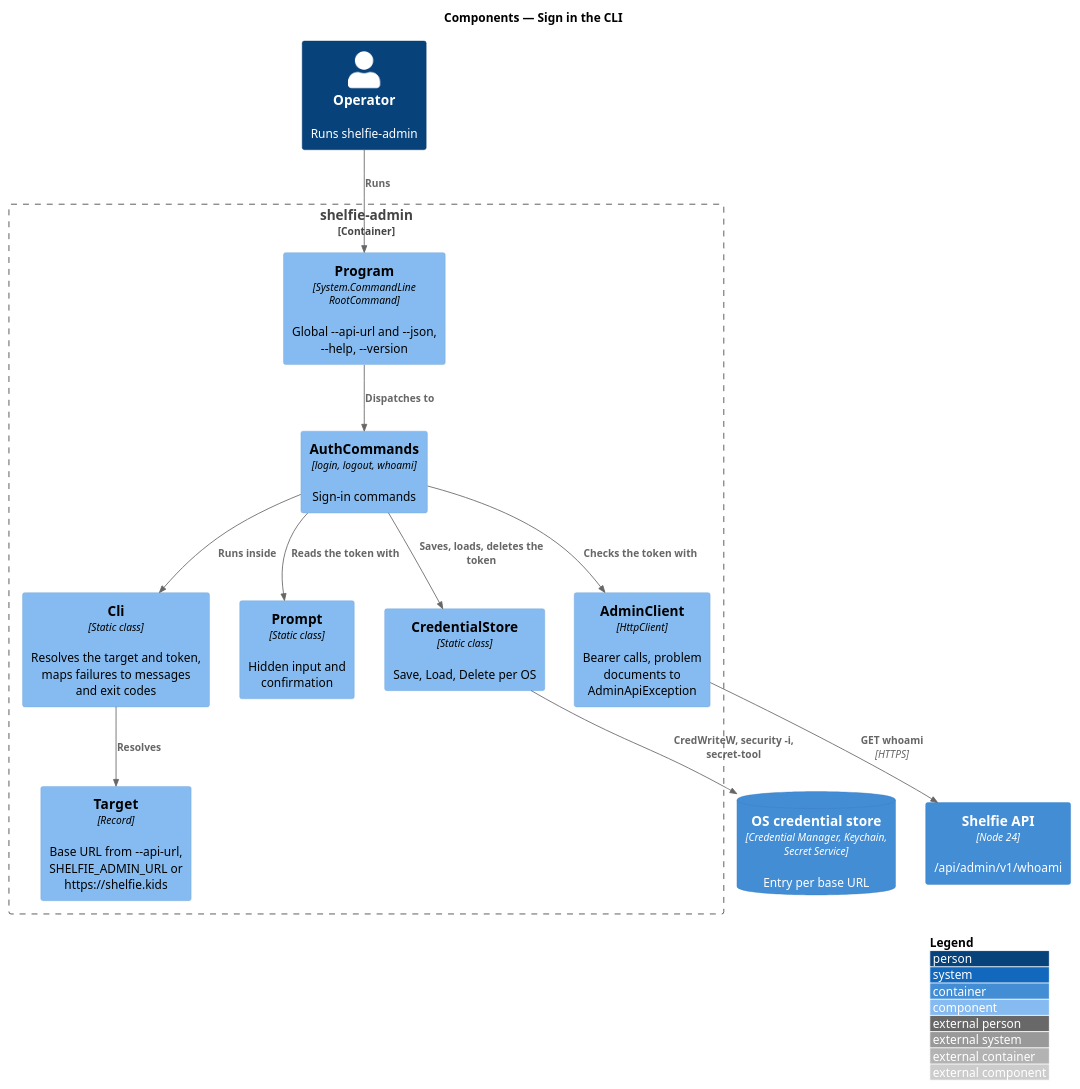
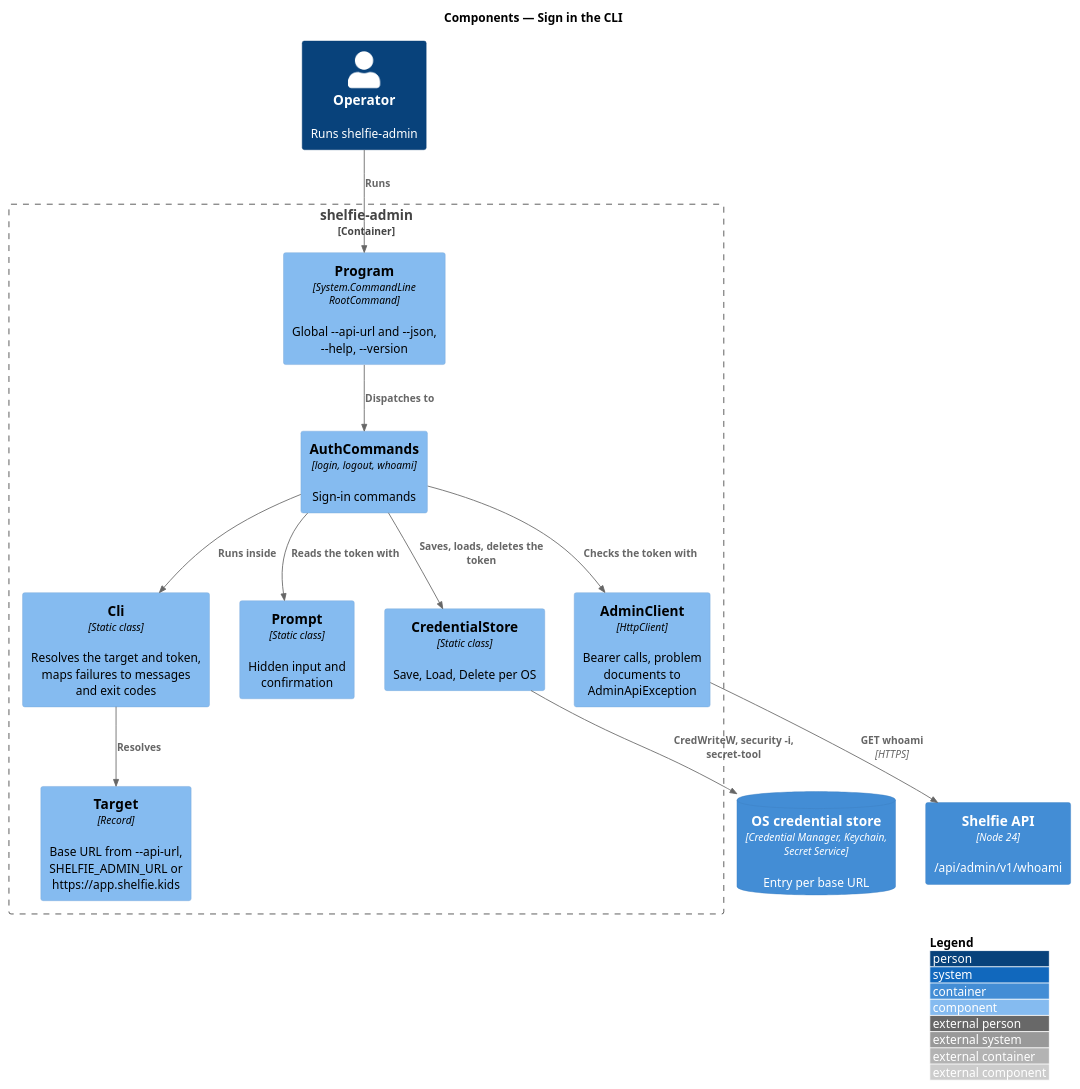
One commit to QuinntyneBrown/shelfie changed the diagram in docs/detailed-designs/admin-cli/sign-in-cli/diagrams/c4-component.puml. Above: the diagram before and after it, drawn with PlantUML. The commit also changed 50 other files, not shown here.

```diff
--- a/docs/detailed-designs/admin-cli/sign-in-cli/diagrams/c4-component.puml
+++ b/docs/detailed-designs/admin-cli/sign-in-cli/diagrams/c4-component.puml
@@ -1,27 +1,27 @@
 @startuml
 !include <C4/C4_Component>
 LAYOUT_WITH_LEGEND()
 title Components — Sign in the CLI
 
 Person(op, "Operator", "Runs shelfie-admin")
 Container_Boundary(cli, "shelfie-admin") {
   Component(program, "Program", "System.CommandLine RootCommand", "Global ~--api-url and ~--json, ~--help, ~--version")
   Component(auth, "AuthCommands", "login, logout, whoami", "Sign-in commands")
   Component(runner, "Cli", "Static class", "Resolves the target and token, maps failures to messages and exit codes")
-  Component(target, "Target", "Record", "Base URL from ~--api-url, SHELFIE_ADMIN_URL or https://shelfie.kids")
+  Component(target, "Target", "Record", "Base URL from ~--api-url, SHELFIE_ADMIN_URL or https://app.shelfie.kids")
   Component(prompt, "Prompt", "Static class", "Hidden input and confirmation")
   Component(store, "CredentialStore", "Static class", "Save, Load, Delete per OS")
   Component(client, "AdminClient", "HttpClient", "Bearer calls, problem documents to AdminApiException")
 }
 ContainerDb(os, "OS credential store", "Credential Manager, Keychain, Secret Service", "Entry per base URL")
 Container(api, "Shelfie API", "Node 24", "/api/admin/v1/whoami")
 Rel(op, program, "Runs")
 Rel(program, auth, "Dispatches to")
 Rel(auth, runner, "Runs inside")
 Rel(runner, target, "Resolves")
 Rel(auth, prompt, "Reads the token with")
 Rel(auth, store, "Saves, loads, deletes the token")
 Rel(store, os, "CredWriteW, security -i, secret-tool")
 Rel(auth, client, "Checks the token with")
 Rel(client, api, "GET whoami", "HTTPS")
 @enduml
```
